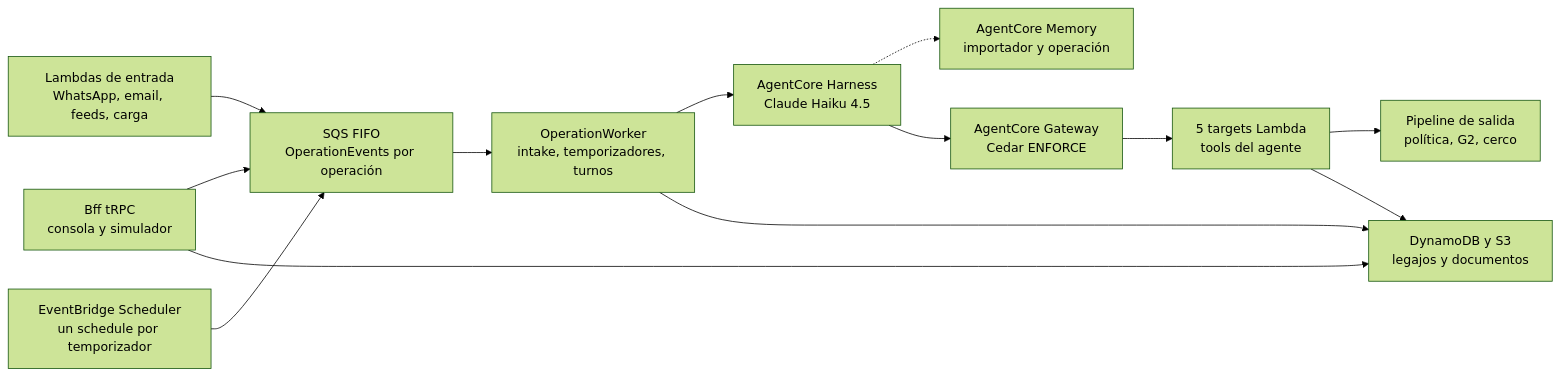
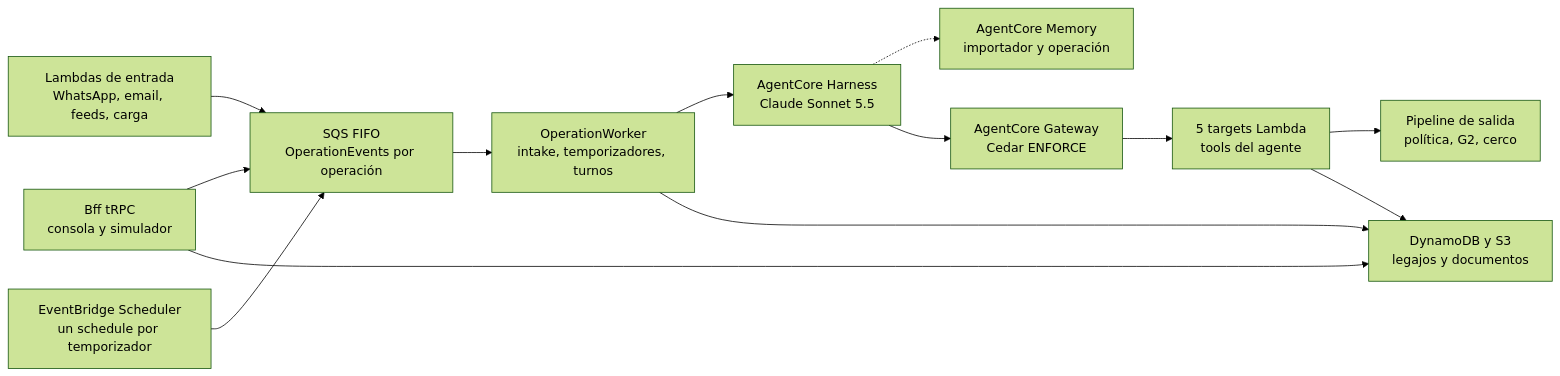
The second of 4 diagrams in docs/architecture.md (craftech-io/aws-cds-hackathon-poc-legajo), drawn with Mermaid (forest theme) before and after one commit. The commit also changed other lines of this file and 21 other files, not shown here.

First line of the commit message:
Agent back on Claude Sonnet 5.5; a message of the importer is never left without an answer

````diff
--- a/docs/architecture.md
+++ b/docs/architecture.md
@@ -126,26 +126,26 @@
 ```mermaid
 flowchart LR
   IN["Lambdas de entrada<br/>WhatsApp, email, feeds, carga"]
   BFF["Bff tRPC<br/>consola y simulador"]
   SCH["EventBridge Scheduler<br/>un schedule por temporizador"]
   Q["SQS FIFO<br/>OperationEvents por operación"]
   W["OperationWorker<br/>intake, temporizadores, turnos"]
-  H["AgentCore Harness<br/>Claude Haiku 4.5"]
+  H["AgentCore Harness<br/>Claude Sonnet 5.5"]
   MEM["AgentCore Memory<br/>importador y operación"]
   GW["AgentCore Gateway<br/>Cedar ENFORCE"]
   T["5 targets Lambda<br/>tools del agente"]
   OUT["Pipeline de salida<br/>política, G2, cerco"]
   DATA["DynamoDB y S3<br/>legajos y documentos"]
   IN --> Q
   BFF --> Q
   SCH --> Q
   Q --> W
   W --> H
   H -.-> MEM
   H --> GW
   GW --> T
   T --> OUT
   W --> DATA
   T --> DATA
   BFF --> DATA
 ```
````
